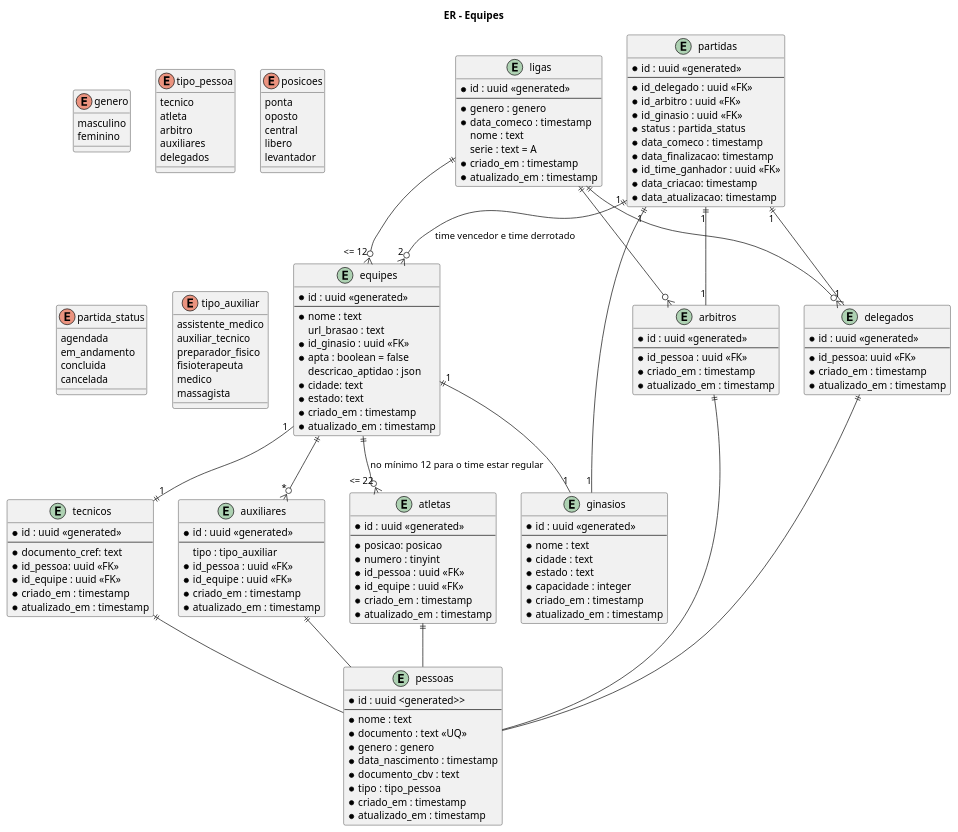
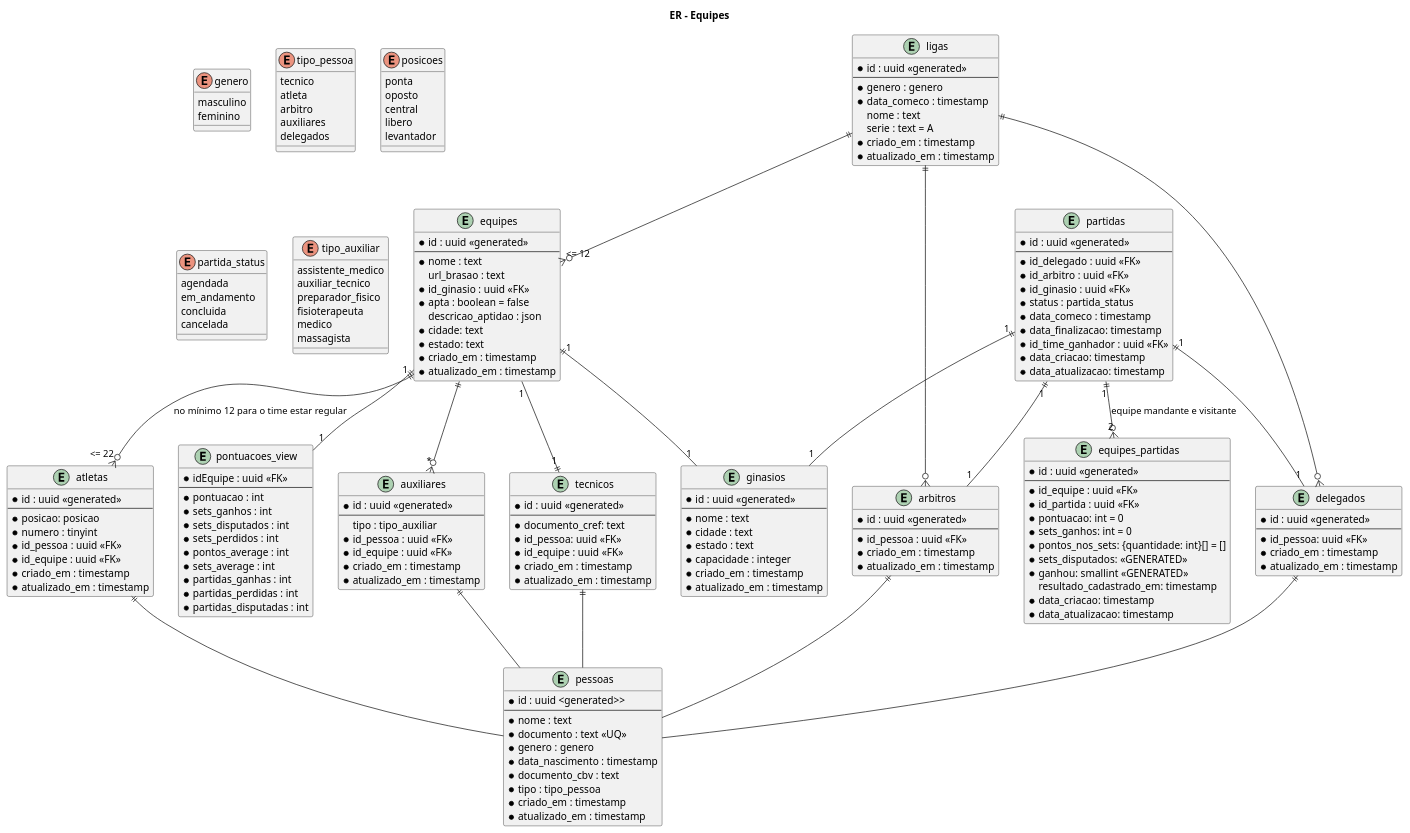
The diagram in documentation/volei.puml (josecleiton/volleyball-api), drawn with PlantUML before and after one commit. The commit also changed 9 other files, not shown here.

```diff
--- a/documentation/volei.puml
+++ b/documentation/volei.puml
@@ -150,6 +150,35 @@
 	* data_atualizacao: timestamp
 }
 
+entity equipes_partidas {
+	* id : uuid <<generated>>
+	--
+	* id_equipe : uuid <<FK>>
+	* id_partida : uuid <<FK>>
+	* pontuacao: int = 0
+	* sets_ganhos: int = 0
+	* pontos_nos_sets: {quantidade: int}[] = []
+	* sets_disputados: <<GENERATED>>
+	* ganhou: smallint <<GENERATED>>
+	resultado_cadastrado_em: timestamp
+	* data_criacao: timestamp
+	* data_atualizacao: timestamp
+}
+
+entity pontuacoes_view {
+	* idEquipe : uuid <<FK>>
+	--
+	* pontuacao : int
+	* sets_ganhos : int
+	* sets_disputados : int
+	* sets_perdidos : int
+	* pontos_average : int
+	* sets_average : int
+	* partidas_ganhas : int
+	* partidas_perdidas : int
+	* partidas_disputadas : int
+}
+
 ligas ||--o{ "<= 12" equipes
 ligas ||--o{ arbitros
 ligas ||--o{ delegados
@@ -157,10 +186,11 @@
 equipes "1" --|| "1" tecnicos
 equipes ||--o{ "*" auxiliares
 equipes "1" ||-- "1" ginasios
+equipes "1" ||-- "1" pontuacoes_view
 partidas "1" ||-- "1" arbitros
 partidas "1" ||-- "1" delegados
 partidas "1" ||-- "1" ginasios
-partidas "1" ||--o{ "2" equipes : time vencedor e time derrotado
+partidas "1" ||--o{ "2" equipes_partidas : equipe mandante e visitante
 
 atletas ||-- pessoas
 tecnicos ||-- pessoas
```
